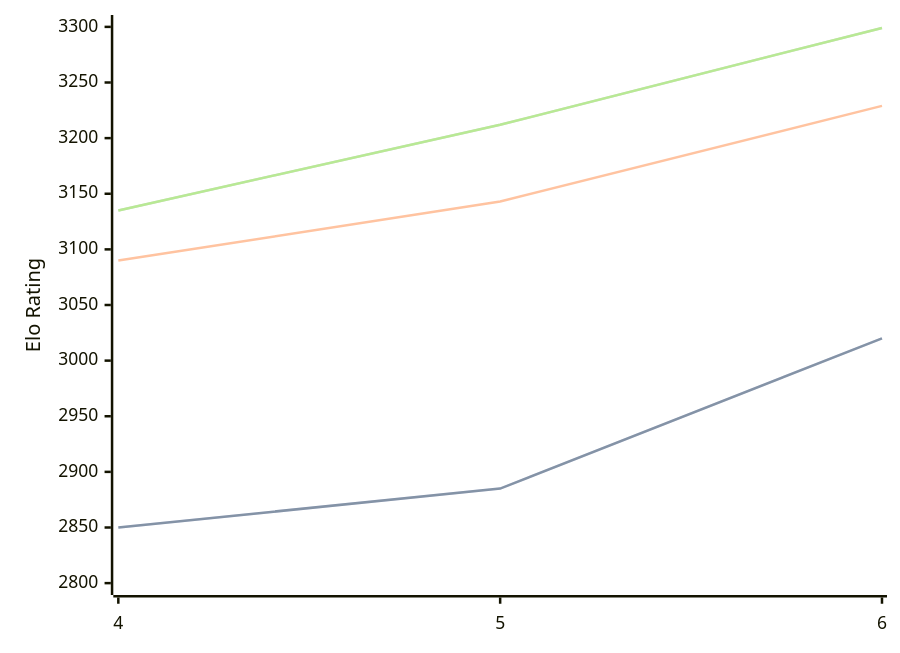
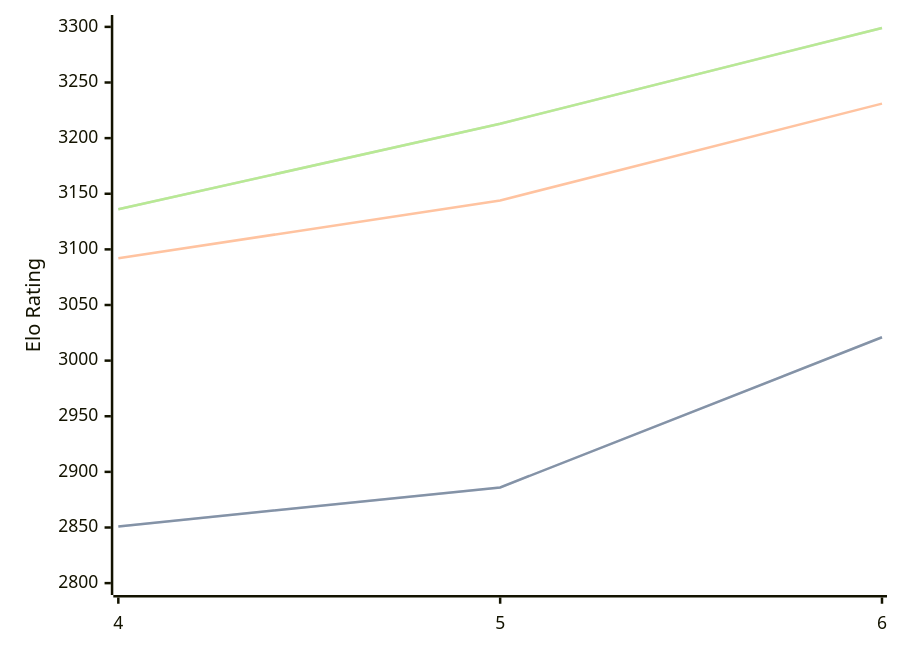
One commit to computer-chess-index/cci changed the diagram in engines/Cwtch.md. Above: the diagram before and after it, drawn with Mermaid. The commit also changed other lines of this file, not shown here.

Commit message:
Update CCI Ratings (ELO VLTC) - 2026-09-16

````diff
--- a/engines/Cwtch.md
+++ b/engines/Cwtch.md
@@ -34,11 +34,11 @@
 ```mermaid
 %%{init: {"theme":"base","themeVariables":{"seriesColors:['#a3a3a3','#222221','#faa371']}}}%%
 xychart-beta
   x-axis ["4", "5", "6"]
   y-axis "Elo Rating" 2800 --> 3300
-  line "" [2850, 2885, 3020]
-  line "STC (8.0+0.08s)" [2850, 2885, 3020]
-  line "LTC (60.0+0.60s)" [3090, 3143, 3229]
-  line "" [3135, 3212, 3299]
-  line "VLTC (2m24s+1.12s)" [3135, 3212, 3299]
+  line "" [2851, 2886, 3021]
+  line "STC (8.0+0.08s)" [2851, 2886, 3021]
+  line "LTC (60.0+0.60s)" [3092, 3144, 3231]
+  line "" [3136, 3213, 3299]
+  line "VLTC (2m24s+1.12s)" [3136, 3213, 3299]
 ```
````
